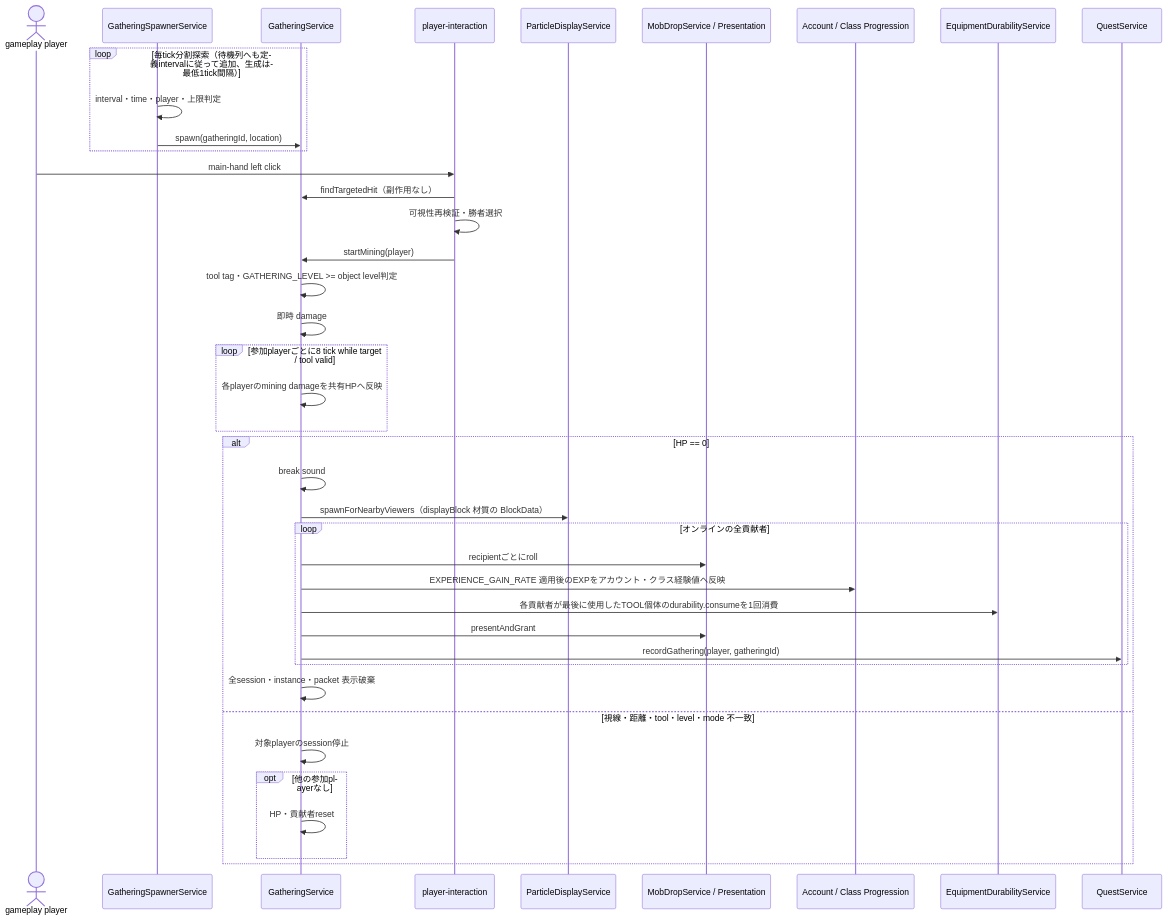
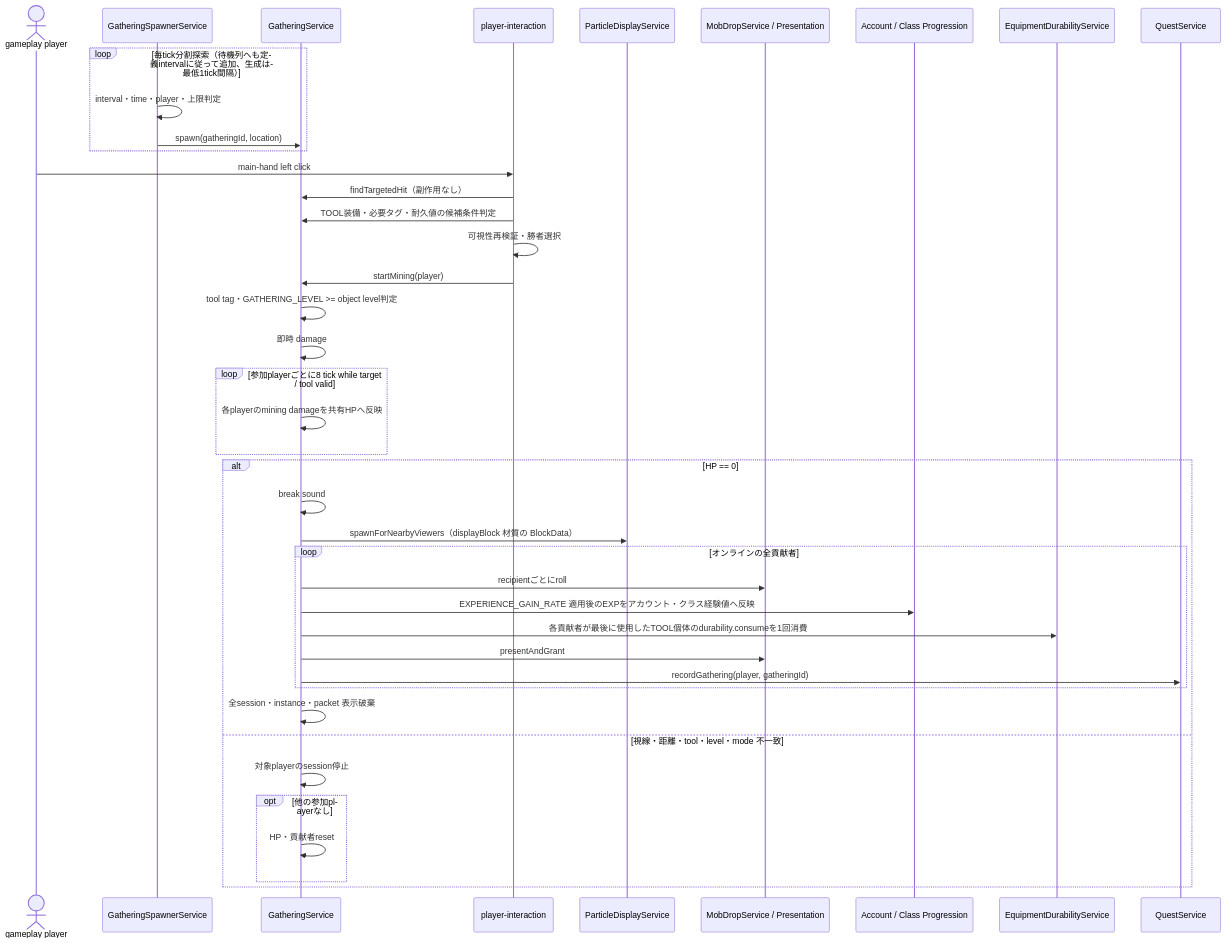
Before and after one commit to maaasu/AstralRecord-Workspace: the seventh of 7 diagrams in 00_docs/10_Plugin設計書/feature/12-mob/12_4-統合フロー.md, drawn with Mermaid. The commit also changed other lines of this file and 8 other files, not shown here.

````diff
--- a/00_docs/10_Plugin設計書/feature/12-mob/12_4-統合フロー.md
+++ b/00_docs/10_Plugin設計書/feature/12-mob/12_4-統合フロー.md
@@ -206,43 +206,44 @@
 ```mermaid
 sequenceDiagram
     actor Player as gameplay player
     participant Spawner as GatheringSpawnerService
     participant Gather as GatheringService
     participant Input as player-interaction
     participant Particle as ParticleDisplayService
     participant Drop as MobDropService / Presentation
     participant Progression as Account / Class Progression
     participant Durability as EquipmentDurabilityService
     participant Quest as QuestService
 
     loop 毎tick分割探索（待機列へも定義intervalに従って追加、生成は最低1tick間隔）
         Spawner->>Spawner: interval・time・player・上限判定
         Spawner->>Gather: spawn(gatheringId, location)
     end
     Player->>Input: main-hand left click
     Input->>Gather: findTargetedHit（副作用なし）
+    Input->>Gather: TOOL装備・必要タグ・耐久値の候補条件判定
     Input->>Input: 可視性再検証・勝者選択
     Input->>Gather: startMining(player)
     Gather->>Gather: tool tag・GATHERING_LEVEL >= object level判定
     Gather->>Gather: 即時 damage
     loop 参加playerごとに8 tick while target / tool valid
         Gather->>Gather: 各playerのmining damageを共有HPへ反映
     end
     alt HP == 0
         Gather->>Gather: break sound
         Gather->>Particle: spawnForNearbyViewers（displayBlock 材質の BlockData）
         loop オンラインの全貢献者
             Gather->>Drop: recipientごとにroll
             Gather->>Progression: EXPERIENCE_GAIN_RATE 適用後のEXPをアカウント・クラス経験値へ反映
             Gather->>Durability: 各貢献者が最後に使用したTOOL個体のdurability.consumeを1回消費
             Gather->>Drop: presentAndGrant
             Gather->>Quest: recordGathering(player, gatheringId)
         end
         Gather->>Gather: 全session・instance・packet 表示破棄
     else 視線・距離・tool・level・mode 不一致
         Gather->>Gather: 対象playerのsession停止
         opt 他の参加playerなし
             Gather->>Gather: HP・貢献者reset
         end
     end
 ```
````
